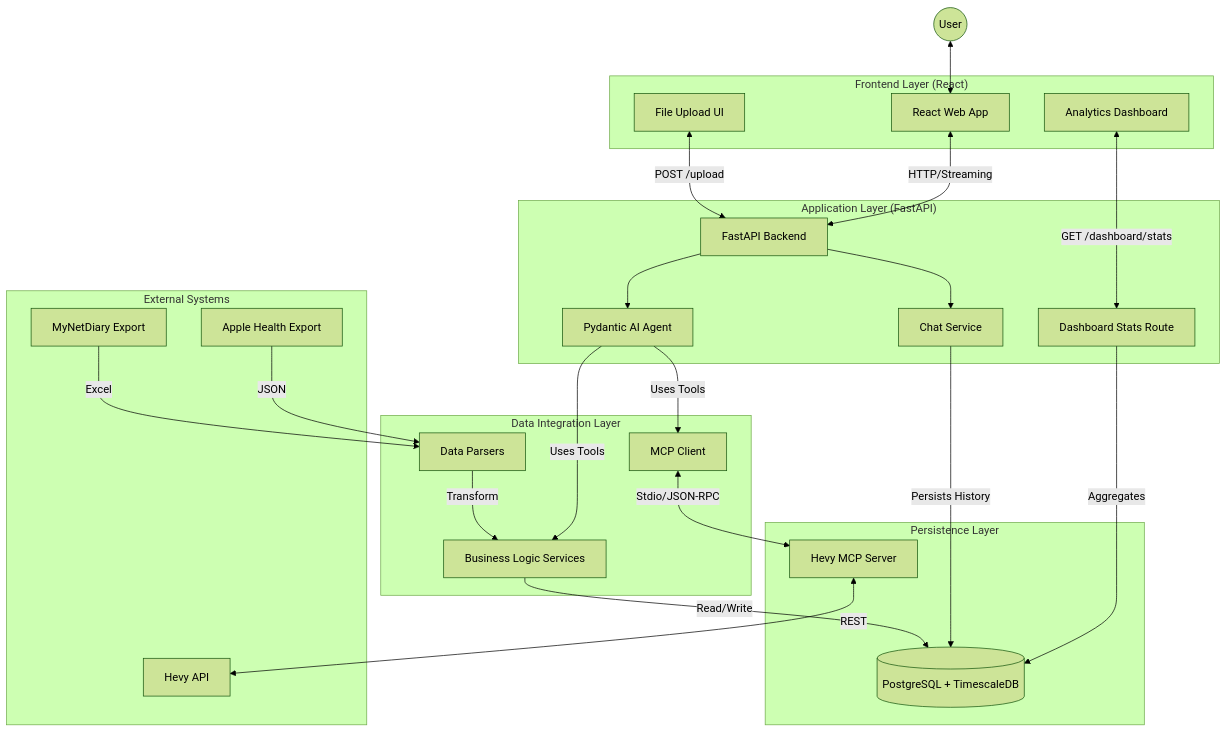
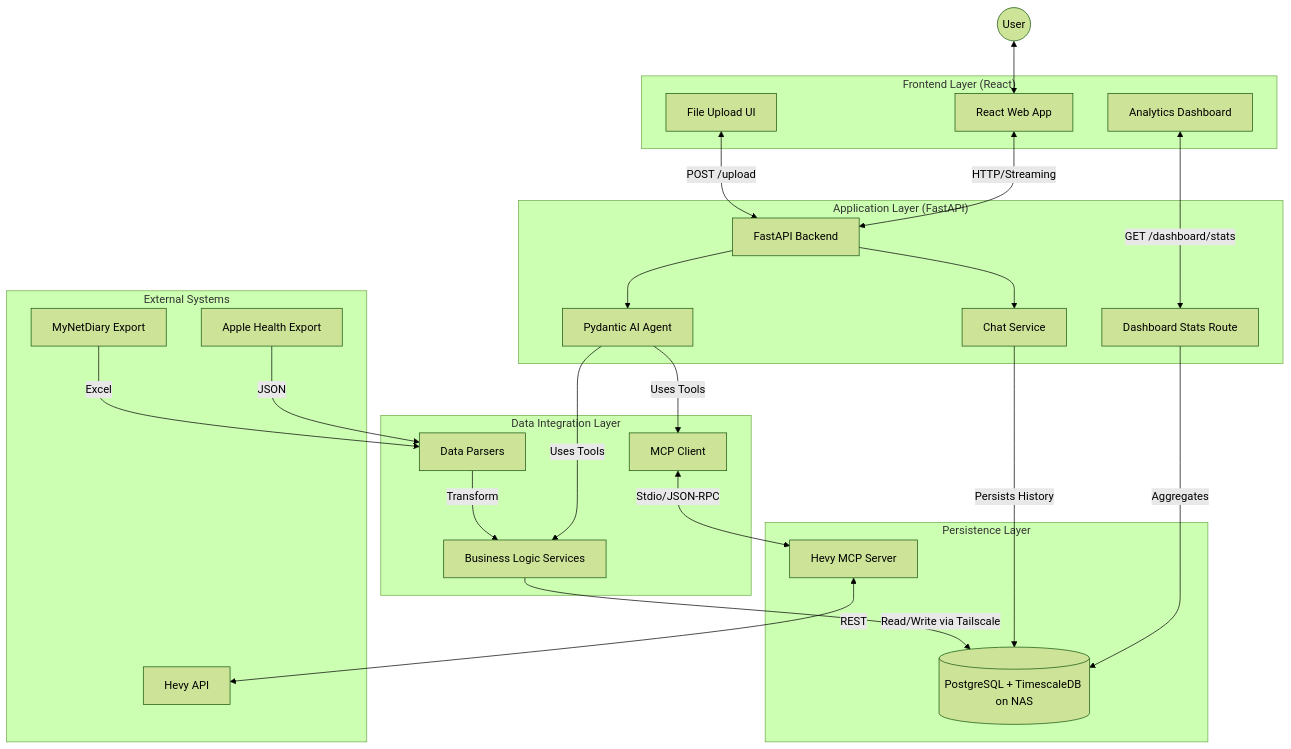
One commit to filio623/workout-optimizer changed the diagram in TECHNICAL_GUIDE.md. Above: the diagram before and after it, drawn with Mermaid (forest theme). The commit also changed other lines of this file and 3 other files, not shown here.

````diff
--- a/TECHNICAL_GUIDE.md
+++ b/TECHNICAL_GUIDE.md
@@ -16,55 +16,55 @@
 ```mermaid
 graph TD
     User((User))
     
     subgraph "Frontend Layer (React)"
         Web[React Web App]
         Dashboard[Analytics Dashboard]
         Upload[File Upload UI]
     end
     
     subgraph "Application Layer (FastAPI)"
         API[FastAPI Backend]
         Agent[Pydantic AI Agent]
         DashRoute[Dashboard Stats Route]
         ChatService[Chat Service]
     end
     
     subgraph "Data Integration Layer"
         Parsers[Data Parsers]
         Services[Business Logic Services]
         MCP[MCP Client]
     end
     
     subgraph "External Systems"
         HevyAPI[Hevy API]
         AppleHealth[Apple Health Export]
         MND[MyNetDiary Export]
     end
     
     subgraph "Persistence Layer"
-        DB[(PostgreSQL + TimescaleDB)]
+        DB[(PostgreSQL + TimescaleDB on NAS)]
         HevyMCP[Hevy MCP Server]
     end
 
     User <--> Web
     Web <-->|HTTP/Streaming| API
     Dashboard <-->|GET /dashboard/stats| DashRoute
     Upload <-->|POST /upload| API
     
     API --> Agent
     API --> ChatService
     Agent -->|Uses Tools| Services
     Agent -->|Uses Tools| MCP
     DashRoute -->|Aggregates| DB
     ChatService -->|Persists History| DB
     
     MCP <-->|Stdio/JSON-RPC| HevyMCP
     HevyMCP <-->|REST| HevyAPI
     
-    Services -->|Read/Write| DB
+    Services -->|Read/Write via Tailscale| DB
     Parsers -->|Transform| Services
     
     AppleHealth -->|JSON| Parsers
     MND -->|Excel| Parsers
 ```
````
